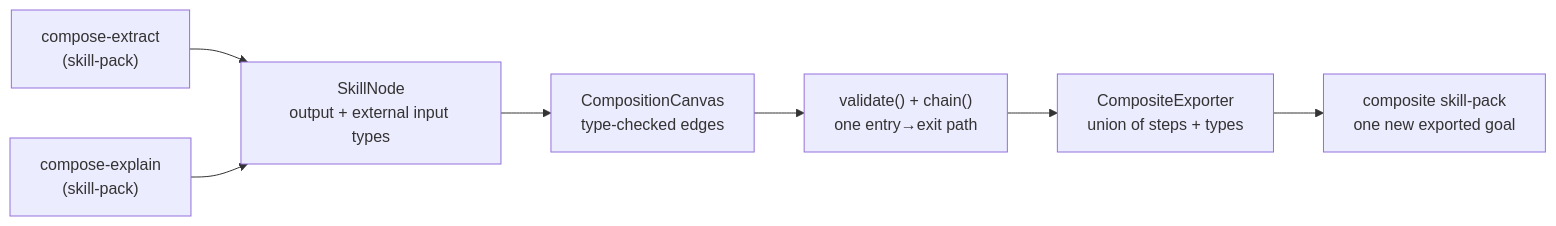
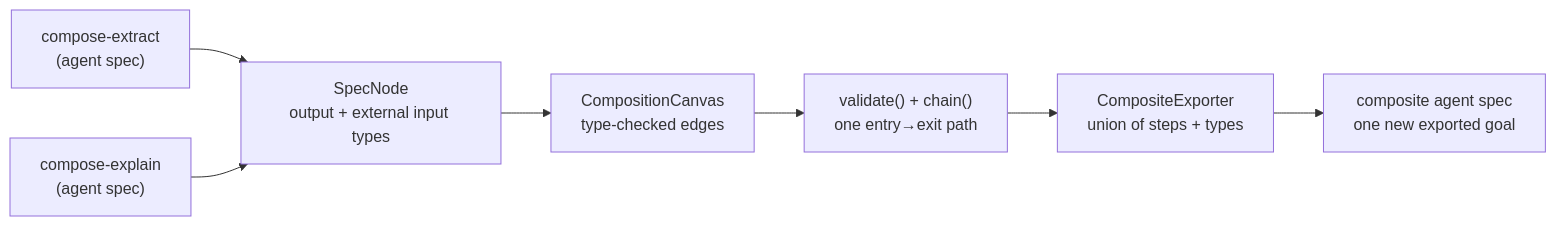
Before and after one commit to iromu/embabel-smith: the diagram in poc/poc-14-composer/README.md, drawn with Mermaid. The commit also changed other lines of this file and 650 other files, not shown here.

First line of the commit message:
Rename the skill-pack vocabulary to agent spec to match what the unit actually is

````diff
--- a/poc/poc-14-composer/README.md
+++ b/poc/poc-14-composer/README.md
@@ -31,13 +31,13 @@
 ```mermaid
 flowchart LR
-    PA["compose-extract<br/>(skill-pack)"]
-    PB["compose-explain<br/>(skill-pack)"]
-    SK["SkillNode<br/>output + external input types"]
+    PA["compose-extract<br/>(agent spec)"]
+    PB["compose-explain<br/>(agent spec)"]
+    SK["SpecNode<br/>output + external input types"]
     CANVAS["CompositionCanvas<br/>type-checked edges"]
     VALID["validate() + chain()<br/>one entry→exit path"]
     EXP["CompositeExporter<br/>union of steps + types"]
-    OUT["composite skill-pack<br/>one new exported goal"]
+    OUT["composite agent spec<br/>one new exported goal"]
     PA --> SK
     PB --> SK
     SK --> CANVAS --> VALID --> EXP --> OUT
 ```
````
